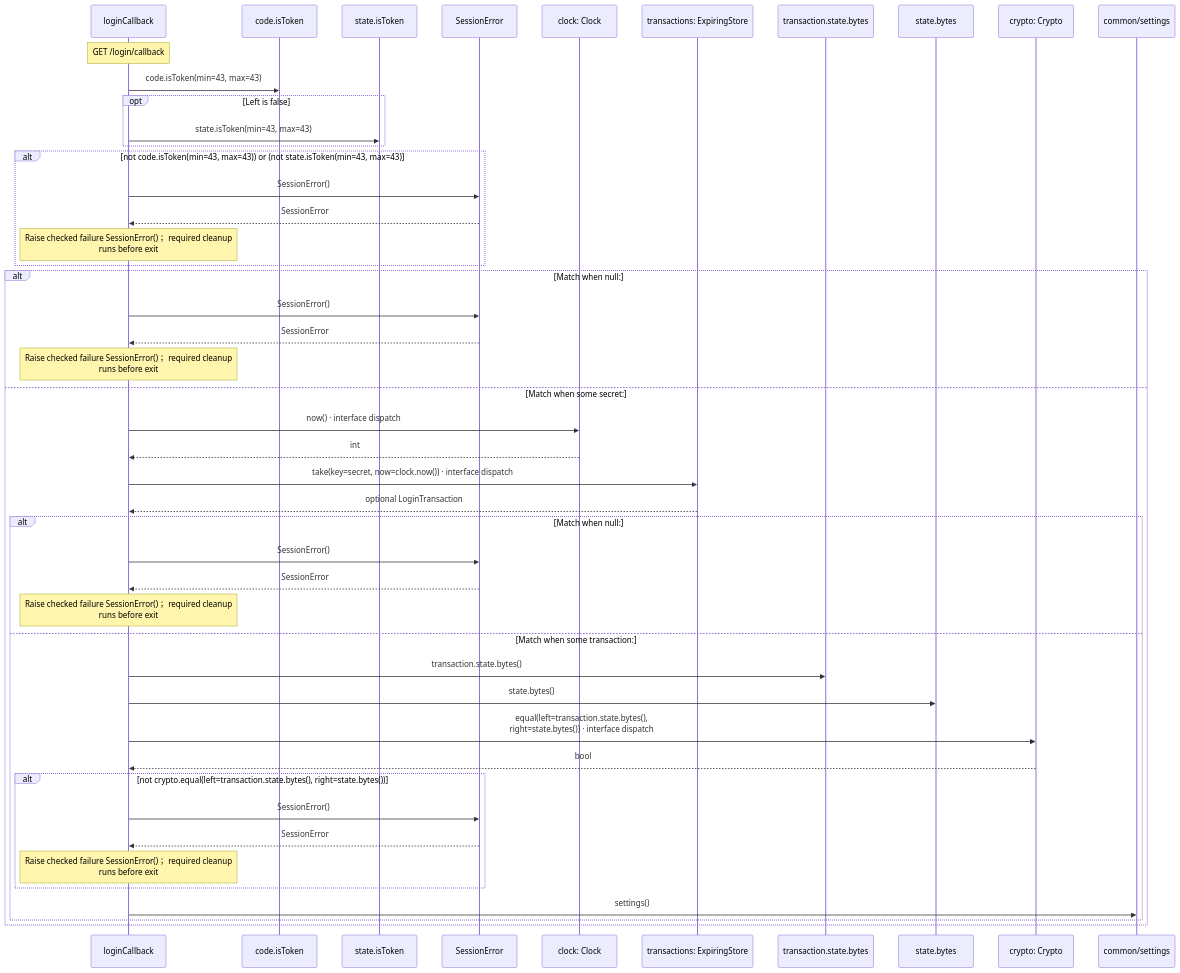
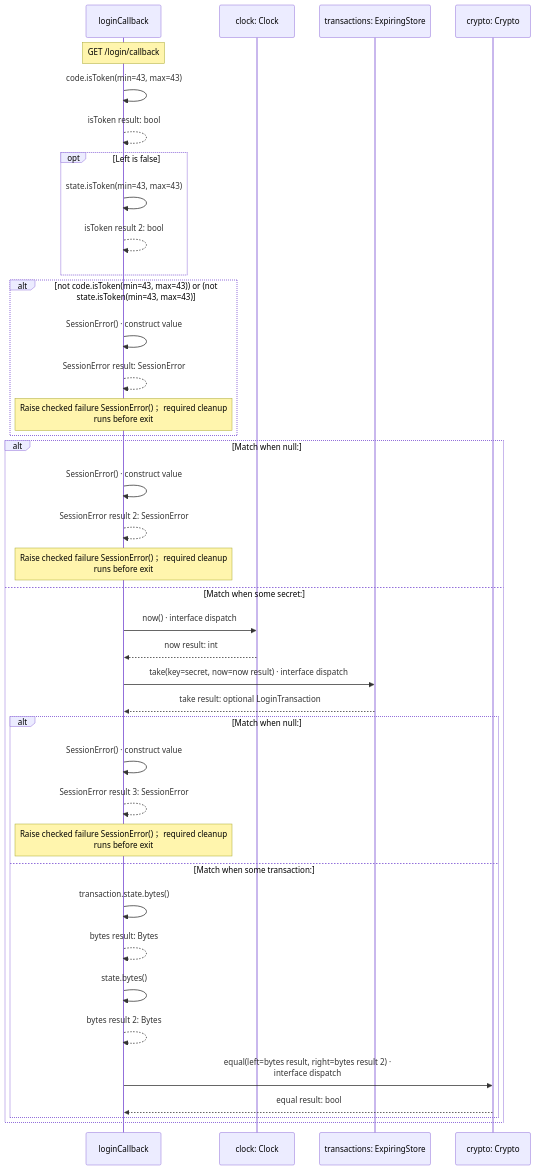
Before and after one commit to GreenPandaStudios/augscript: the ninth of 13 diagrams in docs/examples/oidc-login/client/login-diagrams.md, drawn with Mermaid. The commit also changed other lines of this file and 304 other files, not shown here.

Commit message:
Make generated data-flow sequences concise and review every diagram

````diff
--- a/docs/examples/oidc-login/client/login-diagrams.md
+++ b/docs/examples/oidc-login/client/login-diagrams.md
@@ -234,49 +209,41 @@
 ```mermaid
 sequenceDiagram
     participant p0 as loginCallback
-    participant p1 as code.isToken
-    participant p2 as state.isToken
-    participant p3 as SessionError
-    participant p4 as clock: Clock
-    participant p5 as transactions: ExpiringStore
-    participant p6 as transaction.state.bytes
-    participant p7 as state.bytes
-    participant p8 as crypto: Crypto
-    participant p9 as common/settings
+    participant p1 as clock: Clock
+    participant p2 as transactions: ExpiringStore
+    participant p3 as crypto: Crypto
     Note over p0: GET /login/callback
-    p0->>p1: code.isToken(min=43, max=43)
+    p0->>p0: code.isToken(min=43, max=43)
+    p0-->>p0: isToken result: bool
     opt Left is false
-    p0->>p2: state.isToken(min=43, max=43)
+    p0->>p0: state.isToken(min=43, max=43)
+    p0-->>p0: isToken result 2: bool
     end
     alt not code.isToken(min=43, max=43)) or (not state.isToken(min=43, max=43)
-    p0->>p3: SessionError()
-    p3-->>p0: SessionError
+    p0->>p0: SessionError() · construct value
+    p0-->>p0: SessionError result: SessionError
     Note over p0: Raise checked failure SessionError()； required cleanup<br/>runs before exit
     end
     alt Match when null:
-    p0->>p3: SessionError()
-    p3-->>p0: SessionError
+    p0->>p0: SessionError() · construct value
+    p0-->>p0: SessionError result 2: SessionError
     Note over p0: Raise checked failure SessionError()； required cleanup<br/>runs before exit
     else Match when some secret:
-    p0->>p4: now() · interface dispatch
-    p4-->>p0: int
-    p0->>p5: take(key=secret, now=clock.now()) · interface dispatch
-    p5-->>p0: optional LoginTransaction
+    p0->>p1: now() · interface dispatch
+    p1-->>p0: now result: int
+    p0->>p2: take(key=secret, now=now result) · interface dispatch
+    p2-->>p0: take result: optional LoginTransaction
     alt Match when null:
-    p0->>p3: SessionError()
-    p3-->>p0: SessionError
+    p0->>p0: SessionError() · construct value
+    p0-->>p0: SessionError result 3: SessionError
     Note over p0: Raise checked failure SessionError()； required cleanup<br/>runs before exit
     else Match when some transaction:
-    p0->>p6: transaction.state.bytes()
-    p0->>p7: state.bytes()
-    p0->>p8: equal(left=transaction.state.bytes(),<br/>right=state.bytes()) · interface dispatch
-    p8-->>p0: bool
-    alt not crypto.equal(left=transaction.state.bytes(), right=state.bytes())
-    p0->>p3: SessionError()
-    p3-->>p0: SessionError
-    Note over p0: Raise checked failure SessionError()； required cleanup<br/>runs before exit
-    end
-    p0->>p9: settings()
+    p0->>p0: transaction.state.bytes()
+    p0-->>p0: bytes result: Bytes
+    p0->>p0: state.bytes()
+    p0-->>p0: bytes result 2: Bytes
+    p0->>p3: equal(left=bytes result, right=bytes result 2) ·<br/>interface dispatch
+    p3-->>p0: equal result: bool
     end
     end
 ```
````
